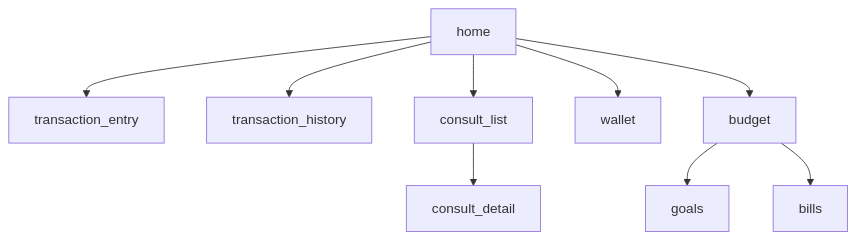
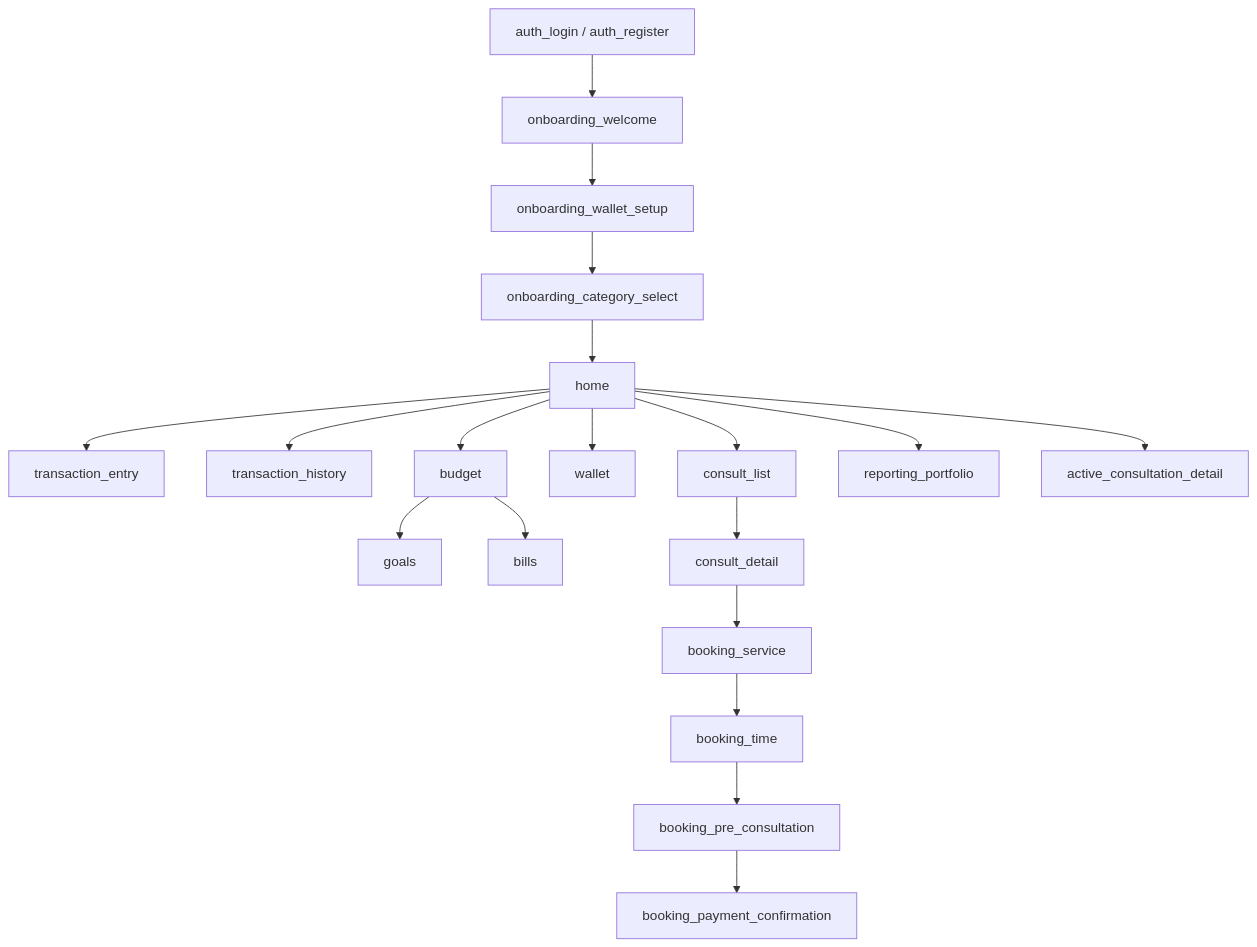
The third of 3 diagrams in docs/tech/Frontend.md (RioSudrajat/Halofin), drawn with Mermaid before and after one commit. The commit also changed other lines of this file and 19 other files, not shown here.

````diff
--- a/docs/tech/Frontend.md
+++ b/docs/tech/Frontend.md
@@ -189,11 +198,21 @@
 ```mermaid
 flowchart TD
-    Home["home"] --> TransactionEntry["transaction_entry"]
+    Auth["auth_login / auth_register"] --> Onboarding["onboarding_welcome"]
+    Onboarding --> OnboardWallet["onboarding_wallet_setup"]
+    OnboardWallet --> OnboardCategory["onboarding_category_select"]
+    OnboardCategory --> Home["home"]
+    Home --> TransactionEntry["transaction_entry"]
     Home --> TransactionHistory["transaction_history"]
     Home --> ConsultList["consult_list"]
     Home --> Wallet["wallet"]
     Home --> Budget["budget"]
+    Home --> ReportingPortfolio["reporting_portfolio"]
+    Home --> ActiveConsultation["active_consultation_detail"]
     Budget --> Goals["goals"]
     Budget --> Bills["bills"]
     ConsultList --> ConsultDetail["consult_detail"]
+    ConsultDetail --> BookingService["booking_service"]
+    BookingService --> BookingTime["booking_time"]
+    BookingTime --> BookingPreConsult["booking_pre_consultation"]
+    BookingPreConsult --> BookingPayment["booking_payment_confirmation"]
 ```
````
